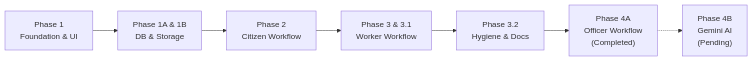
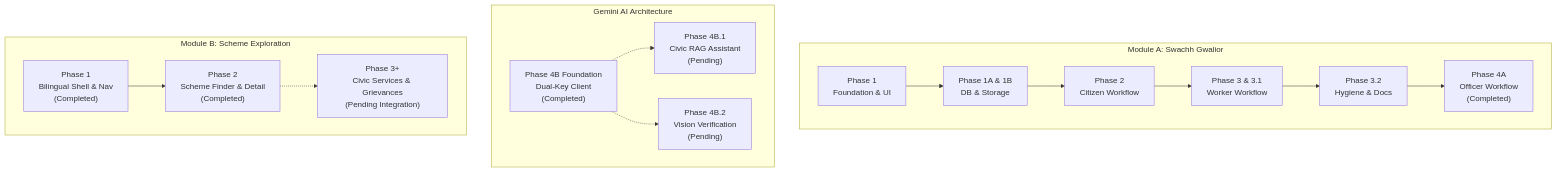
The diagram in docs/roadmap.md (nayanj616/jansahayak), drawn with Mermaid before and after one commit. The commit also changed other lines of this file and 3 other files, not shown here.

Commit message:
Repository Hygiene Phase 2A: Cleanup and documentation alignment

````diff
--- a/docs/roadmap.md
+++ b/docs/roadmap.md
@@ -10,9 +10,21 @@
 ```mermaid
-flowchart LR
-    P1["Phase 1<br/>Foundation & UI"] --> P1AB["Phase 1A & 1B<br/>DB & Storage"]
-    P1AB --> P2["Phase 2<br/>Citizen Workflow"]
-    P2 --> P3["Phase 3 & 3.1<br/>Worker Workflow"]
-    P3 --> P32["Phase 3.2<br/>Hygiene & Docs"]
-    P32 --> P4A["Phase 4A<br/>Officer Workflow<br/>(Completed)"]
-    P4A -.-> P4B["Phase 4B<br/>Gemini AI<br/>(Pending)"]
+flowchart TD
+    subgraph SwachhTrack["Module A: Swachh Gwalior"]
+        P1["Phase 1<br/>Foundation & UI"] --> P1AB["Phase 1A & 1B<br/>DB & Storage"]
+        P1AB --> P2["Phase 2<br/>Citizen Workflow"]
+        P2 --> P3["Phase 3 & 3.1<br/>Worker Workflow"]
+        P3 --> P32["Phase 3.2<br/>Hygiene & Docs"]
+        P32 --> P4A["Phase 4A<br/>Officer Workflow<br/>(Completed)"]
+    end
+
+    subgraph GeminiTrack["Gemini AI Architecture"]
+        P4B_Found["Phase 4B Foundation<br/>Dual-Key Client<br/>(Completed)"]
+        P4B_Found -.-> P4B1["Phase 4B.1<br/>Civic RAG Assistant<br/>(Pending)"]
+        P4B_Found -.-> P4B2["Phase 4B.2<br/>Vision Verification<br/>(Pending)"]
+    end
+
+    subgraph SchemeTrack["Module B: Scheme Exploration"]
+        SE_P1["Phase 1<br/>Bilingual Shell & Nav<br/>(Completed)"] --> SE_P2["Phase 2<br/>Scheme Finder & Detail<br/>(Completed)"]
+        SE_P2 -.-> SE_P3["Phase 3+<br/>Civic Services & Grievances<br/>(Pending Integration)"]
+    end
 ```
````
